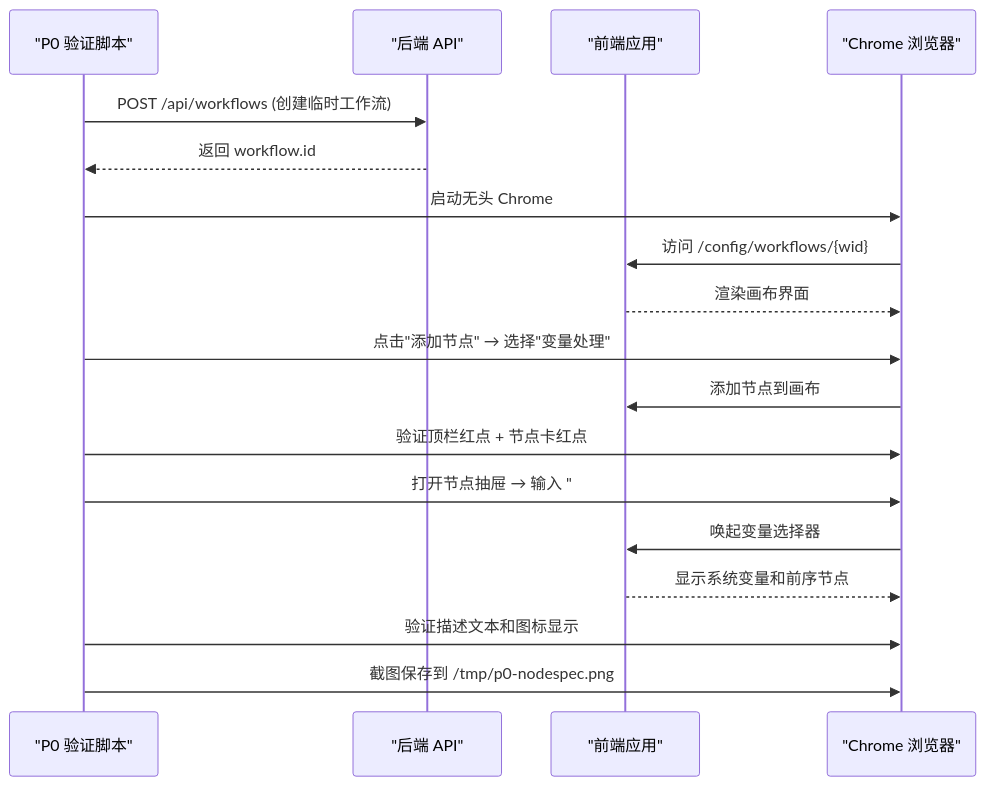
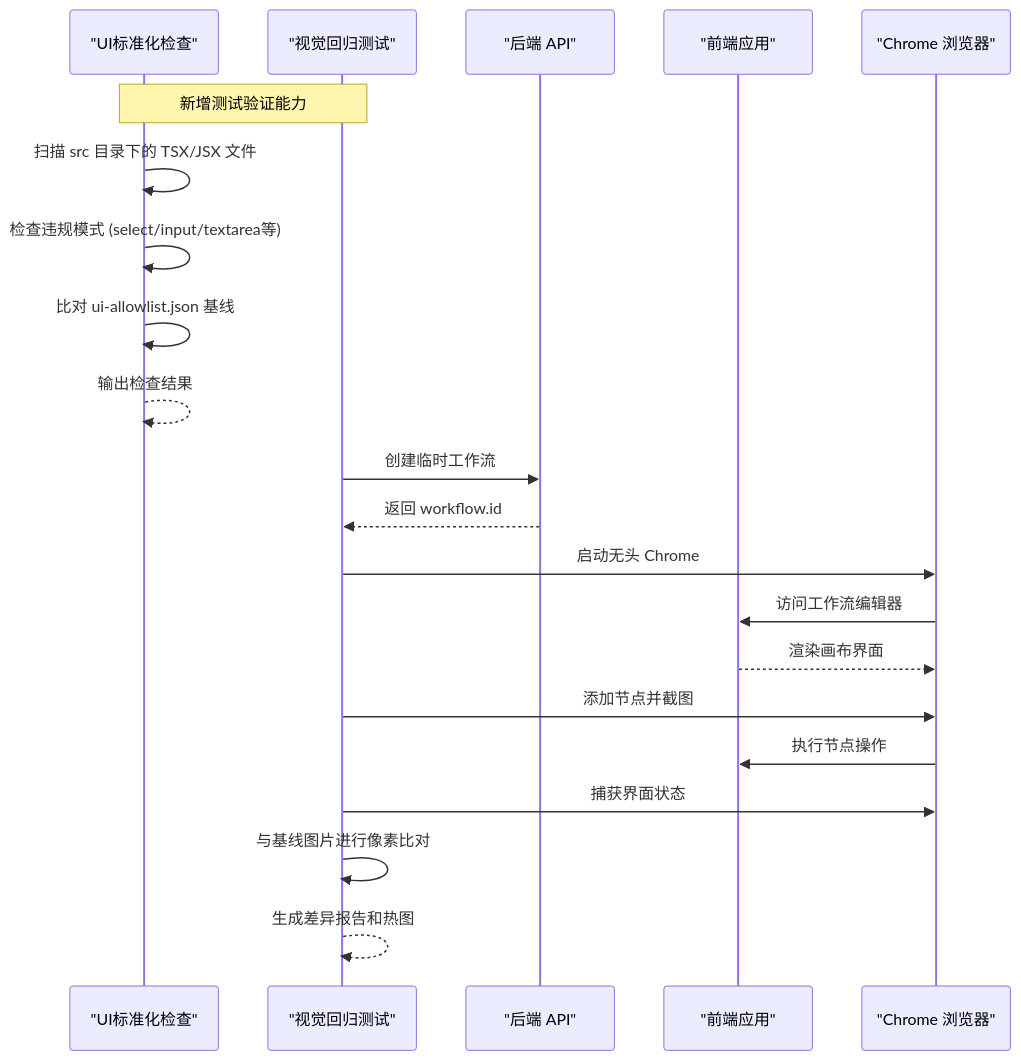
Before and after one commit to huiliuxu780/MoreThanCorn: the second of 2 diagrams in .qoder/repowiki/zh/content/测试与验证体系.md, drawn with Mermaid. The commit also changed other lines of this file and 132 other files, not shown here.

````diff
--- a/.qoder/repowiki/zh/content/测试与验证体系.md
+++ b/.qoder/repowiki/zh/content/测试与验证体系.md
@@ -229,20 +265,23 @@
 ```mermaid
 sequenceDiagram
-participant NP as "P0 验证脚本"
+participant US as "UI标准化检查"
+participant VR as "视觉回归测试"
 participant API as "后端 API"
 participant FE as "前端应用"
 participant CHROME as "Chrome 浏览器"
-NP->>API : POST /api/workflows (创建临时工作流)
-API-->>NP : 返回 workflow.id
-NP->>CHROME : 启动无头 Chrome
-CHROME->>FE : 访问 /config/workflows/{wid}
+Note over US,VR : 新增测试验证能力
+US->>US : 扫描 src 目录下的 TSX/JSX 文件
+US->>US : 检查违规模式 (select/input/textarea等)
+US->>US : 比对 ui-allowlist.json 基线
+US-->>US : 输出检查结果
+VR->>API : 创建临时工作流
+API-->>VR : 返回 workflow.id
+VR->>CHROME : 启动无头 Chrome
+CHROME->>FE : 访问工作流编辑器
 FE-->>CHROME : 渲染画布界面
-NP->>CHROME : 点击"添加节点" → 选择"变量处理"
-CHROME->>FE : 添加节点到画布
-NP->>CHROME : 验证顶栏红点 + 节点卡红点
-NP->>CHROME : 打开节点抽屉 → 输入 "#"
-CHROME->>FE : 唤起变量选择器
-FE-->>CHROME : 显示系统变量和前序节点
-NP->>CHROME : 验证描述文本和图标显示
-NP->>CHROME : 截图保存到 /tmp/p0-nodespec.png
+VR->>CHROME : 添加节点并截图
+CHROME->>FE : 执行节点操作
+VR->>CHROME : 捕获界面状态
+VR->>VR : 与基线图片进行像素比对
+VR-->>VR : 生成差异报告和热图
 ```
````
